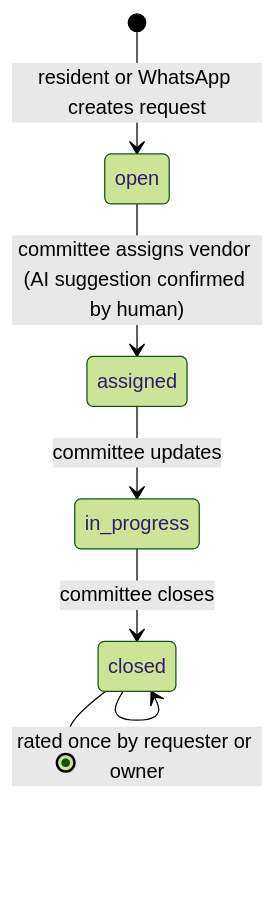
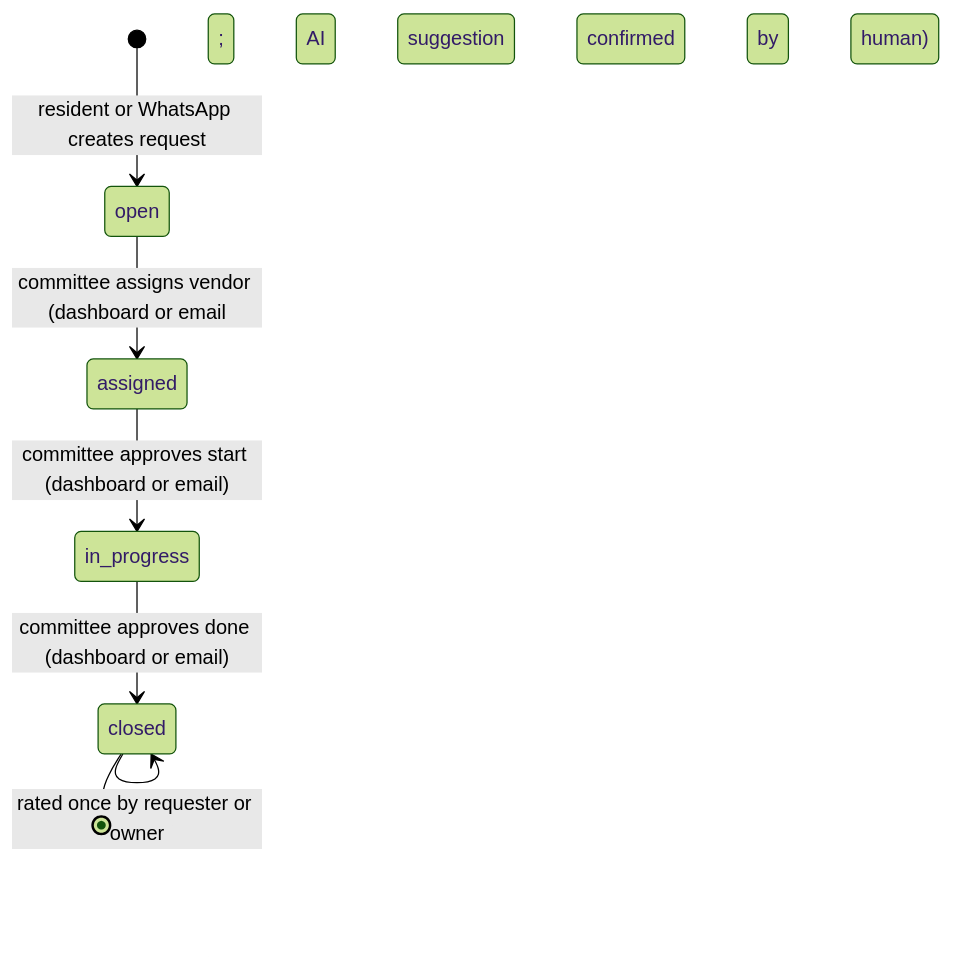
One commit to beerus-Ai/housing-portal changed the fifth of 6 diagrams in docs/architecture/architecture.md. Above: the diagram before and after it, drawn with Mermaid (forest theme). The commit also changed other lines of this file and 17 other files, not shown here.

````diff
--- a/docs/architecture/architecture.md
+++ b/docs/architecture/architecture.md
@@ -273,9 +284,9 @@
 ```mermaid
 stateDiagram-v2
   [*] --> open: resident or WhatsApp creates request
-  open --> assigned: committee assigns vendor (AI suggestion confirmed by human)
-  assigned --> in_progress: committee updates
-  in_progress --> closed: committee closes
+  open --> assigned: committee assigns vendor (dashboard or email; AI suggestion confirmed by human)
+  assigned --> in_progress: committee approves start (dashboard or email)
+  in_progress --> closed: committee approves done (dashboard or email)
   closed --> closed: rated once by requester or owner
   closed --> [*]
 ```
````
